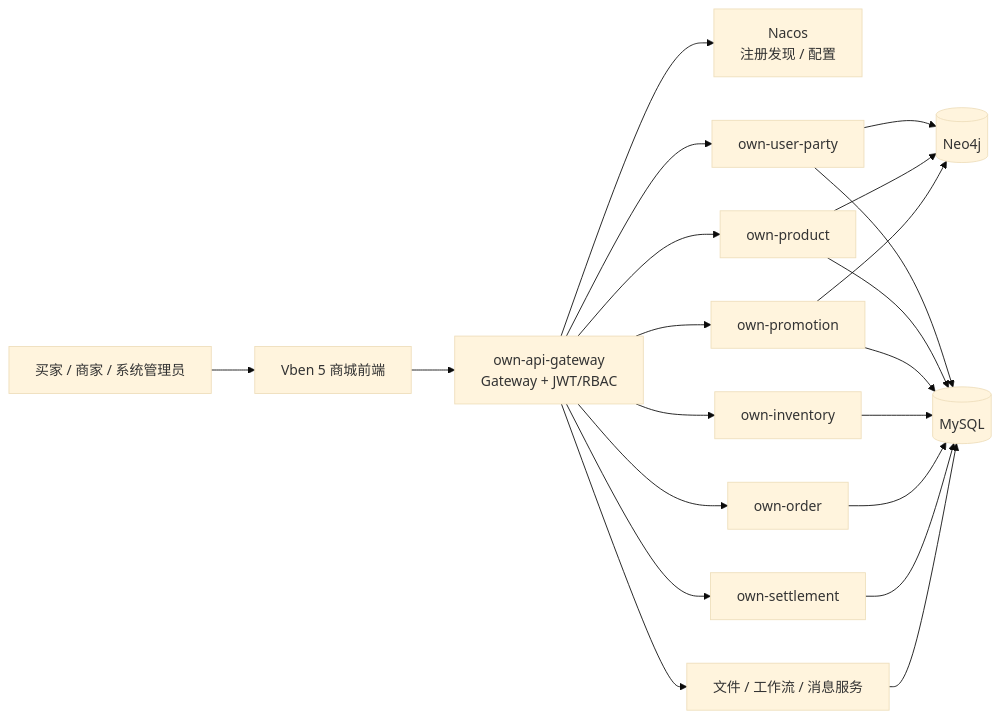
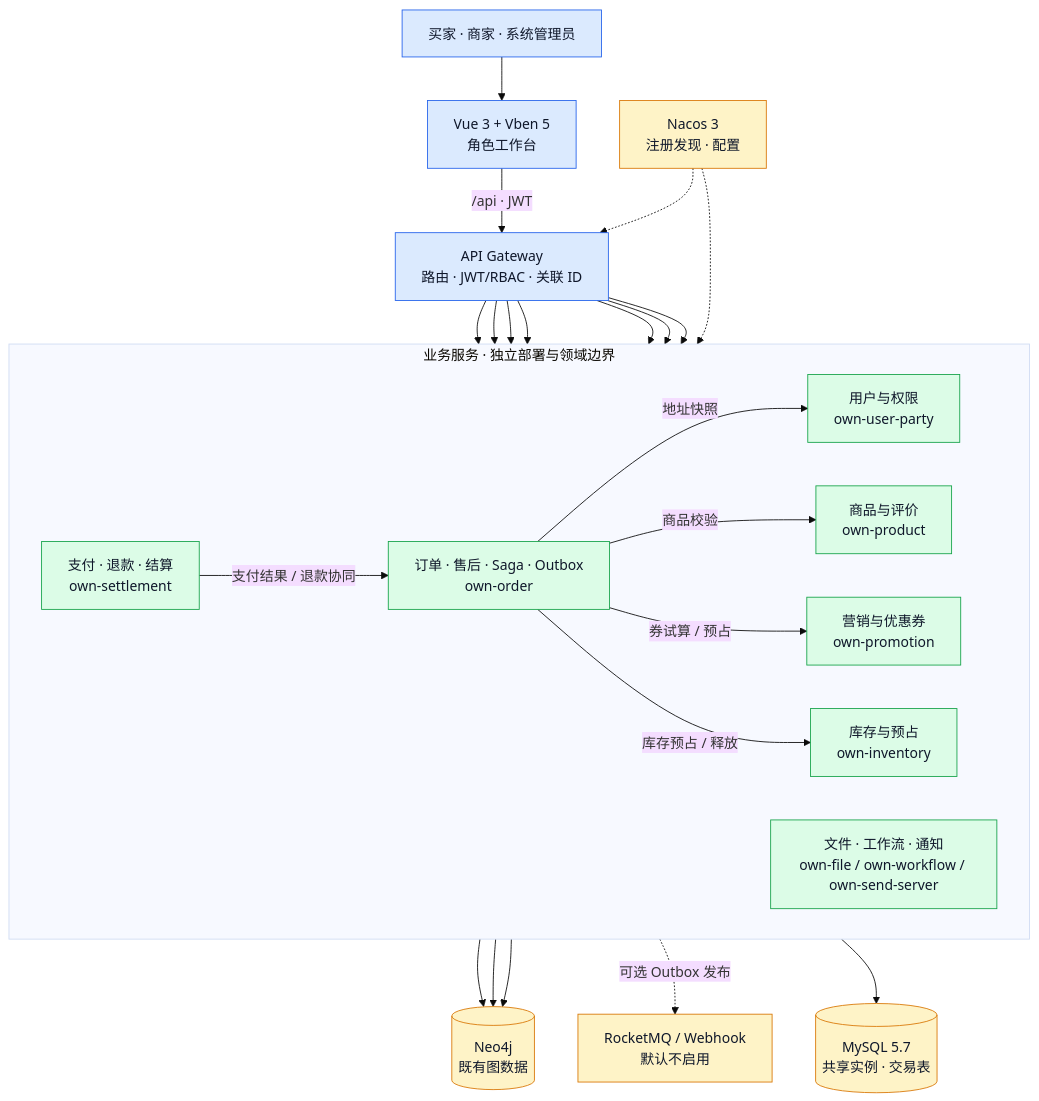
Before and after one commit to Blucezhang/micro-server-own: the first of 2 diagrams in README.md, drawn with Mermaid (base theme). The commit also changed other lines of this file and 1 other file, not shown here.

Commit message:
docs(readme): expand architecture and Saga diagrams

````diff
--- a/README.md
+++ b/README.md
@@ -46,23 +48,46 @@
 ```mermaid
-flowchart LR
-    client[买家 / 商家 / 系统管理员] --> web[Vben 5 商城前端]
-    web --> gateway[own-api-gateway\nGateway + JWT/RBAC]
-    gateway --> nacos[Nacos\n注册发现 / 配置]
-    gateway --> user[own-user-party]
-    gateway --> product[own-product]
-    gateway --> promotion[own-promotion]
-    gateway --> inventory[own-inventory]
-    gateway --> order[own-order]
-    gateway --> settlement[own-settlement]
-    gateway --> support[文件 / 工作流 / 消息服务]
-    user --> neo4j[(Neo4j)]
+flowchart TB
+    actors["买家 · 商家 · 系统管理员"] --> web["Vue 3 + Vben 5<br/>角色工作台"]
+    web -->|"/api · JWT"| gateway["API Gateway<br/>路由 · JWT/RBAC · 关联 ID"]
+
+    subgraph domain["业务服务 · 独立部署与领域边界"]
+      direction LR
+      user["用户与权限<br/>own-user-party"]
+      product["商品与评价<br/>own-product"]
+      promotion["营销与优惠券<br/>own-promotion"]
+      inventory["库存与预占<br/>own-inventory"]
+      order["订单 · 售后 · Saga · Outbox<br/>own-order"]
+      settlement["支付 · 退款 · 结算<br/>own-settlement"]
+      support["文件 · 工作流 · 通知<br/>own-file / own-workflow / own-send-server"]
+    end
+
+    gateway --> user
+    gateway --> product
+    gateway --> promotion
+    gateway --> inventory
+    gateway --> order
+    gateway --> settlement
+    gateway --> support
+    order -->|"地址快照"| user
+    order -->|"商品校验"| product
+    order -->|"券试算 / 预占"| promotion
+    order -->|"库存预占 / 释放"| inventory
+    settlement -->|"支付结果 / 退款协同"| order
+
+    nacos["Nacos 3<br/>注册发现 · 配置"] -.-> gateway
+    nacos -.-> order
+    mysql[("MySQL 5.7<br/>共享实例 · 交易表")]
+    neo4j[("Neo4j<br/>既有图数据")]
+    domain --> mysql
+    user --> neo4j
     product --> neo4j
     promotion --> neo4j
-    user --> mysql[(MySQL)]
-    product --> mysql
-    promotion --> mysql
-    inventory --> mysql
-    order --> mysql
-    settlement --> mysql
-    support --> mysql
+    order -.->|"可选 Outbox 发布"| mq["RocketMQ / Webhook<br/>默认不启用"]
+
+    classDef edge fill:#dbeafe,stroke:#2563eb,color:#0f172a
+    classDef business fill:#dcfce7,stroke:#16a34a,color:#0f172a
+    classDef infra fill:#fef3c7,stroke:#d97706,color:#0f172a
+    class actors,web,gateway edge
+    class user,product,promotion,inventory,order,settlement,support business
+    class nacos,mysql,neo4j,mq infra
 ```
````
